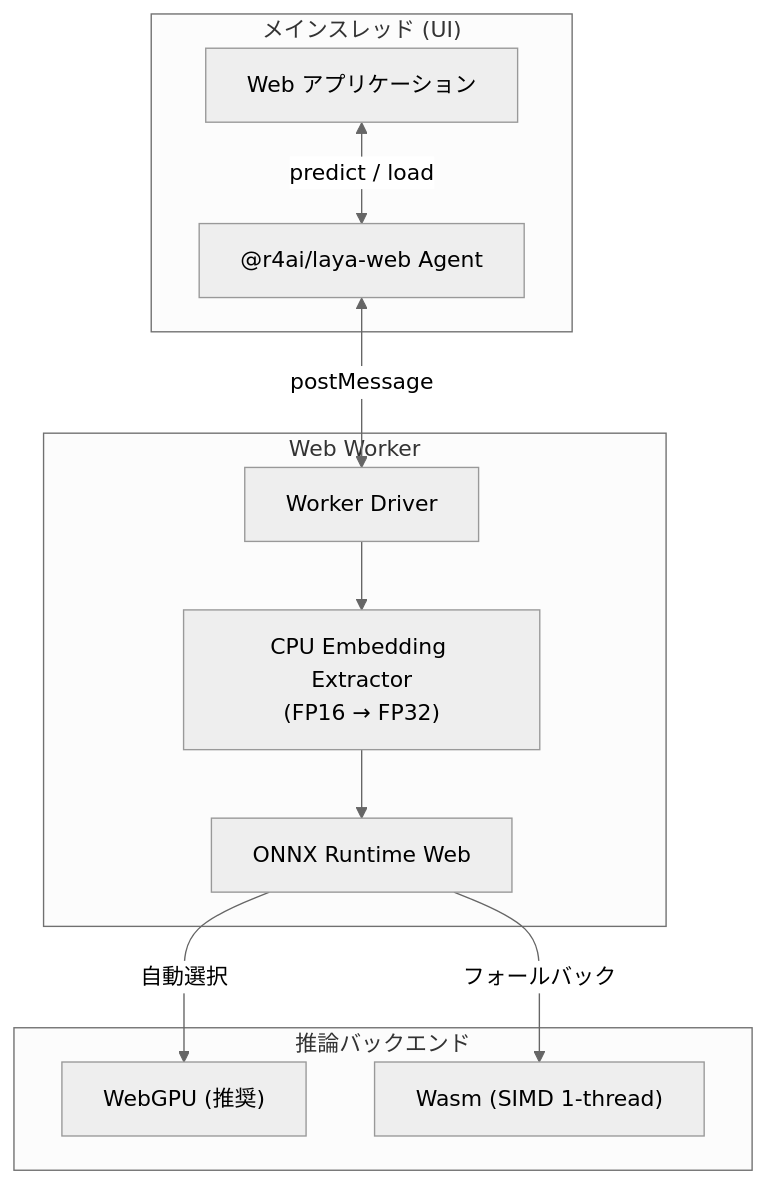
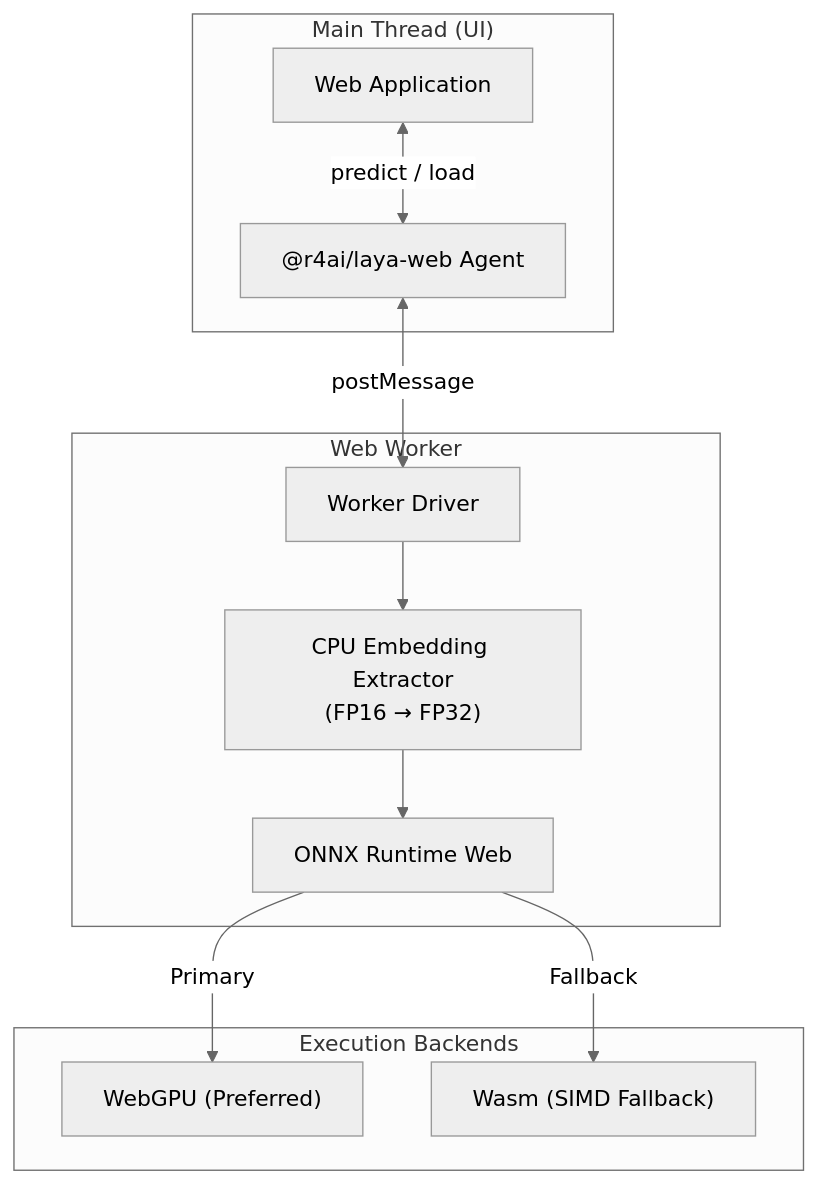
One commit to r4ai/laya-web changed the diagram in README.md. Above: the diagram before and after it, drawn with Mermaid (neutral theme). The commit also changed other lines of this file and 2 other files, not shown here.

````diff
--- a/README.md
+++ b/README.md
@@ -32,25 +38,25 @@
 ```mermaid
 graph TD
-    subgraph MainThread ["メインスレッド (UI)"]
-        App["Web アプリケーション"]
+    subgraph MainThread ["Main Thread (UI)"]
+        App["Web Application"]
         Agent["@r4ai/laya-web Agent"]
     end
 
     subgraph WorkerThread ["Web Worker"]
         Driver["Worker Driver"]
         CPUEmb["CPU Embedding Extractor<br/>(FP16 → FP32)"]
         ORT["ONNX Runtime Web"]
     end
 
-    subgraph ExecProvider ["推論バックエンド"]
-        WebGPU["WebGPU (推奨)"]
-        Wasm["Wasm (SIMD 1-thread)"]
+    subgraph ExecProvider ["Execution Backends"]
+        WebGPU["WebGPU (Preferred)"]
+        Wasm["Wasm (SIMD Fallback)"]
     end
 
     App <-->|predict / load| Agent
     Agent <-->|postMessage| Driver
     Driver --> CPUEmb
     CPUEmb --> ORT
-    ORT -->|自動選択| WebGPU
-    ORT -->|フォールバック| Wasm
+    ORT -->|Primary| WebGPU
+    ORT -->|Fallback| Wasm
 ```
````
